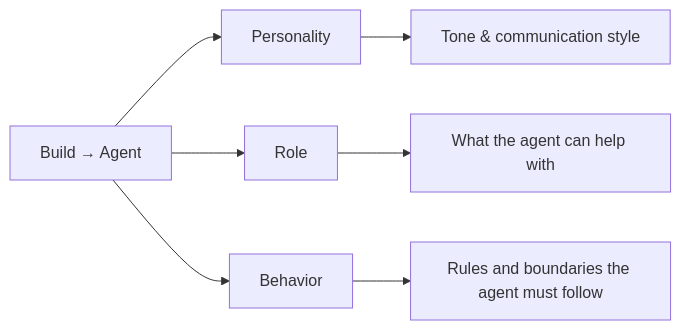
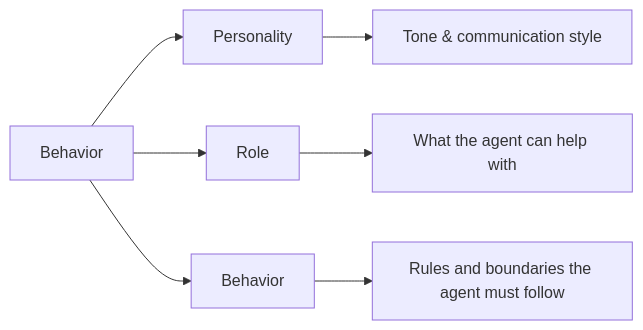
Before and after one commit to PolyAI-LDN/polyai-mintlify-doc: the diagram in learn/guides/get-started/edit-agent-behavior.mdx, drawn with Mermaid. The commit also changed 10 other files, not shown here.

````diff
--- a/learn/guides/get-started/edit-agent-behavior.mdx
+++ b/learn/guides/get-started/edit-agent-behavior.mdx
@@ -38,9 +38,9 @@
 ```mermaid
 flowchart LR
-    A[Build → Agent] --> B["Personality"]
+    A[Behavior] --> B["Personality"]
     A --> C["Role"]
     A --> E["Behavior"]
     B --> F[Tone & communication style]
     C --> G[What the agent can help with]
     E --> H[Rules and boundaries the agent must follow]
 ```
````
